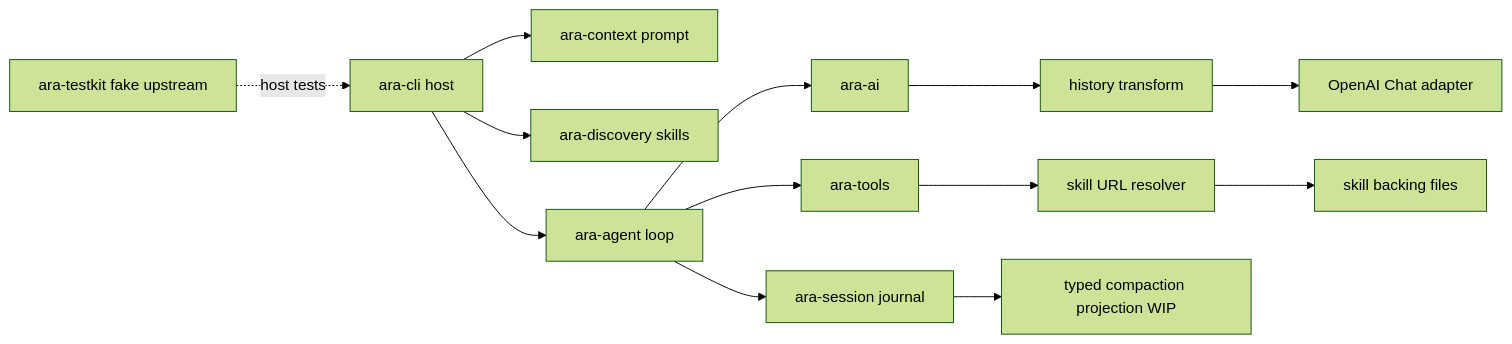
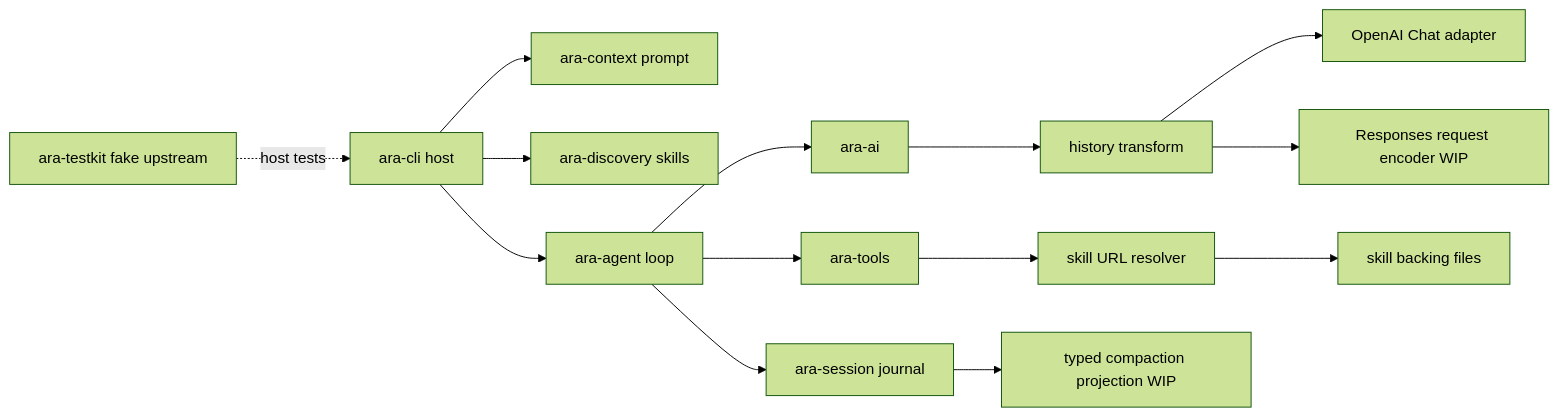
The diagram in docs/handoffs/2026-09-27.md (ZZray/ara), drawn with Mermaid (forest theme) before and after one commit. The commit also changed other lines of this file and 4 other files, not shown here.

Commit message:
WIP: encode stateless Responses requests

````diff
--- a/docs/handoffs/2026-09-27.md
+++ b/docs/handoffs/2026-09-27.md
@@ -40,15 +47,16 @@
 ```mermaid
 flowchart LR
     CLI[ara-cli host] --> CTX[ara-context prompt]
     CLI --> DISC[ara-discovery skills]
     CLI --> AGT[ara-agent loop]
     AGT --> AI[ara-ai]
     AI --> XFORM[history transform]
     XFORM --> PROVIDER[OpenAI Chat adapter]
+    XFORM --> RESP[Responses request encoder WIP]
     AGT --> TOOLS[ara-tools]
     TOOLS --> URL[skill URL resolver]
     URL --> FS[skill backing files]
     AGT --> SES[ara-session journal]
     SES --> PROJ[typed compaction projection WIP]
     TK[ara-testkit fake upstream] -. host tests .-> CLI
 ```
````
